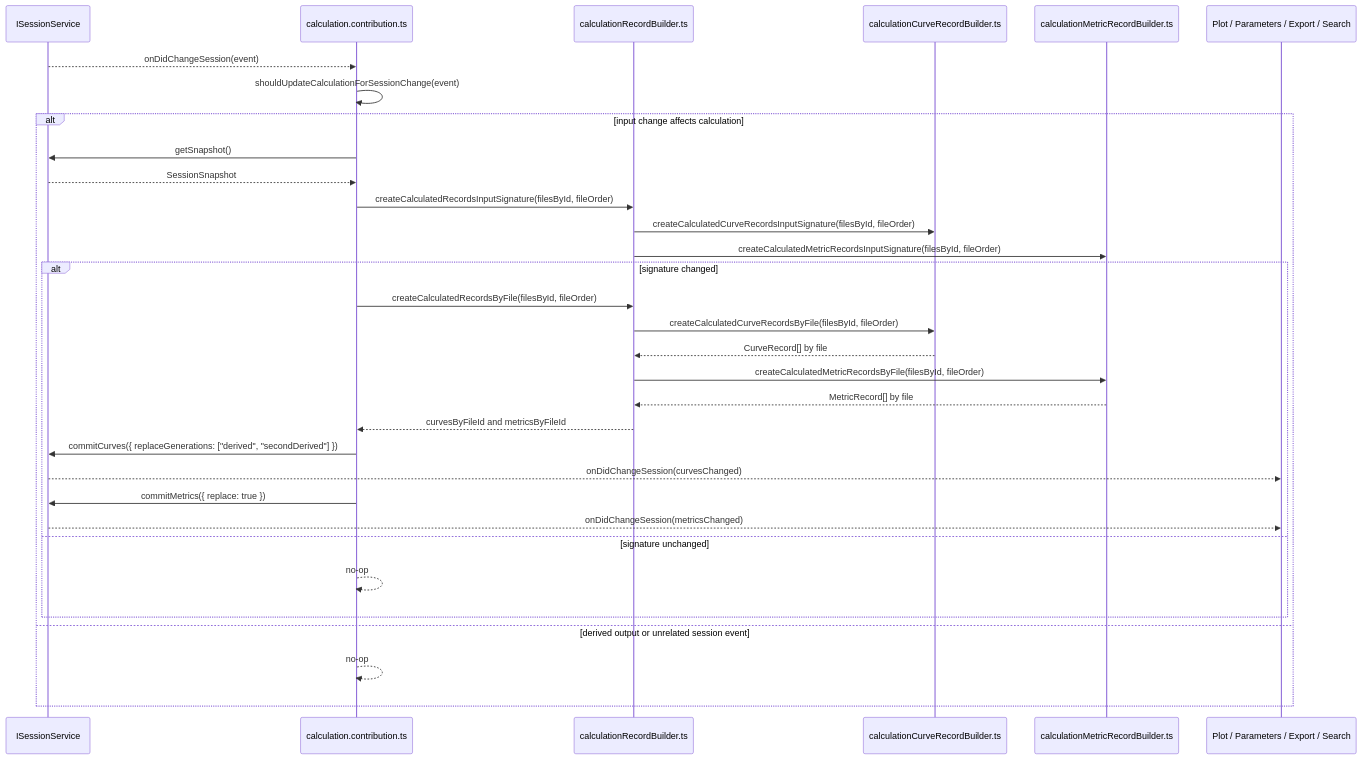
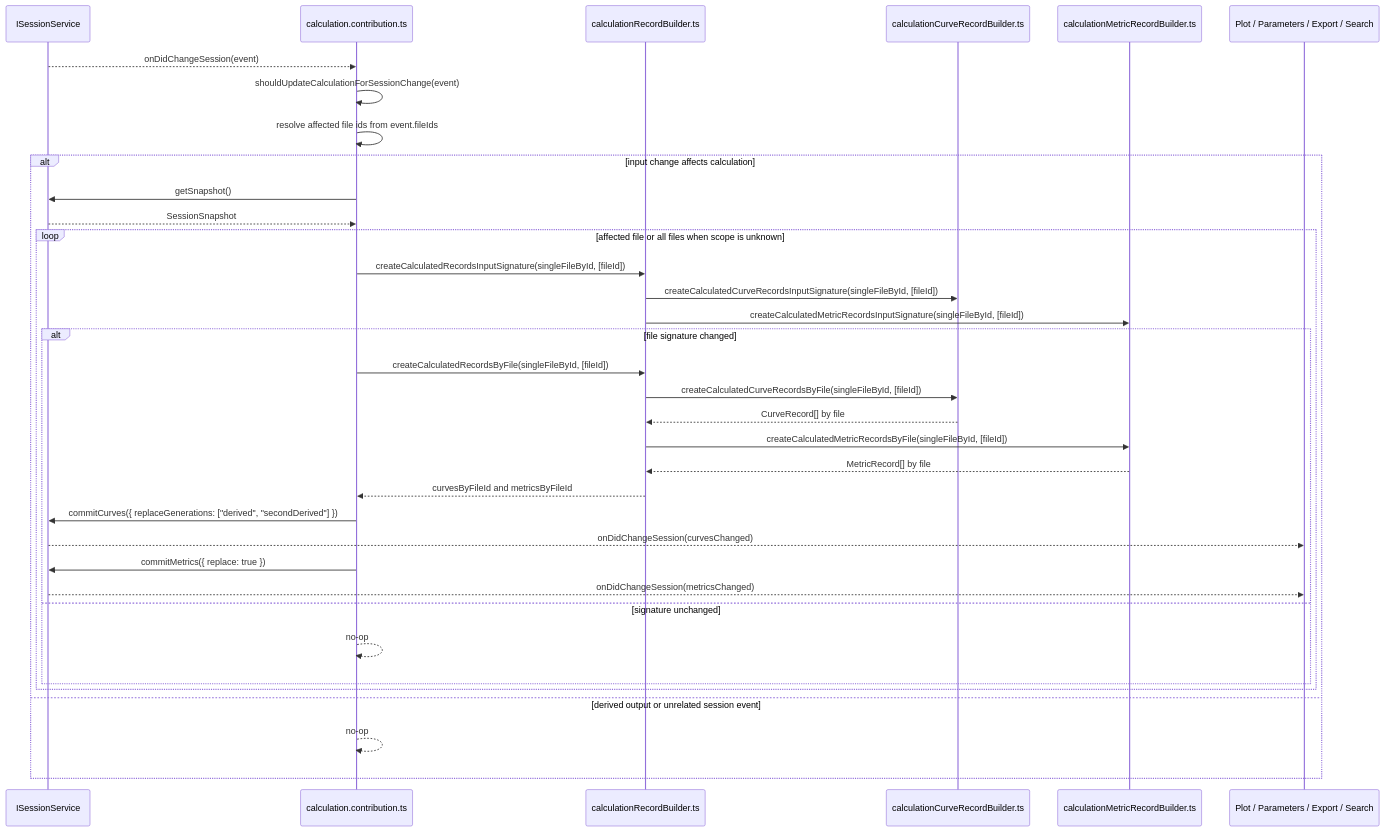
One commit to chogng/conductor changed the second of 2 diagrams in .github/instructions/calculation.instructions.md. Above: the diagram before and after it, drawn with Mermaid. The commit also changed other lines of this file and 6 other files, not shown here.

````diff
--- a/.github/instructions/calculation.instructions.md
+++ b/.github/instructions/calculation.instructions.md
@@ -73,35 +73,38 @@
 ```mermaid
 sequenceDiagram
     participant Session as ISessionService
     participant Contribution as calculation.contribution.ts
     participant Records as calculationRecordBuilder.ts
     participant Curves as calculationCurveRecordBuilder.ts
     participant Metrics as calculationMetricRecordBuilder.ts
     participant Consumers as Plot / Parameters / Export / Search
 
     Session-->>Contribution: onDidChangeSession(event)
     Contribution->>Contribution: shouldUpdateCalculationForSessionChange(event)
+    Contribution->>Contribution: resolve affected file ids from event.fileIds
     alt input change affects calculation
         Contribution->>Session: getSnapshot()
         Session-->>Contribution: SessionSnapshot
-        Contribution->>Records: createCalculatedRecordsInputSignature(filesById, fileOrder)
-        Records->>Curves: createCalculatedCurveRecordsInputSignature(filesById, fileOrder)
-        Records->>Metrics: createCalculatedMetricRecordsInputSignature(filesById, fileOrder)
-        alt signature changed
-            Contribution->>Records: createCalculatedRecordsByFile(filesById, fileOrder)
-            Records->>Curves: createCalculatedCurveRecordsByFile(filesById, fileOrder)
+        loop affected file or all files when scope is unknown
+            Contribution->>Records: createCalculatedRecordsInputSignature(singleFileById, [fileId])
+            Records->>Curves: createCalculatedCurveRecordsInputSignature(singleFileById, [fileId])
+            Records->>Metrics: createCalculatedMetricRecordsInputSignature(singleFileById, [fileId])
+            alt file signature changed
+            Contribution->>Records: createCalculatedRecordsByFile(singleFileById, [fileId])
+            Records->>Curves: createCalculatedCurveRecordsByFile(singleFileById, [fileId])
             Curves-->>Records: CurveRecord[] by file
-            Records->>Metrics: createCalculatedMetricRecordsByFile(filesById, fileOrder)
+            Records->>Metrics: createCalculatedMetricRecordsByFile(singleFileById, [fileId])
             Metrics-->>Records: MetricRecord[] by file
             Records-->>Contribution: curvesByFileId and metricsByFileId
             Contribution->>Session: commitCurves({ replaceGenerations: ["derived", "secondDerived"] })
             Session-->>Consumers: onDidChangeSession(curvesChanged)
             Contribution->>Session: commitMetrics({ replace: true })
             Session-->>Consumers: onDidChangeSession(metricsChanged)
         else signature unchanged
             Contribution-->>Contribution: no-op
         end
+        end
     else derived output or unrelated session event
         Contribution-->>Contribution: no-op
     end
 ```
````
